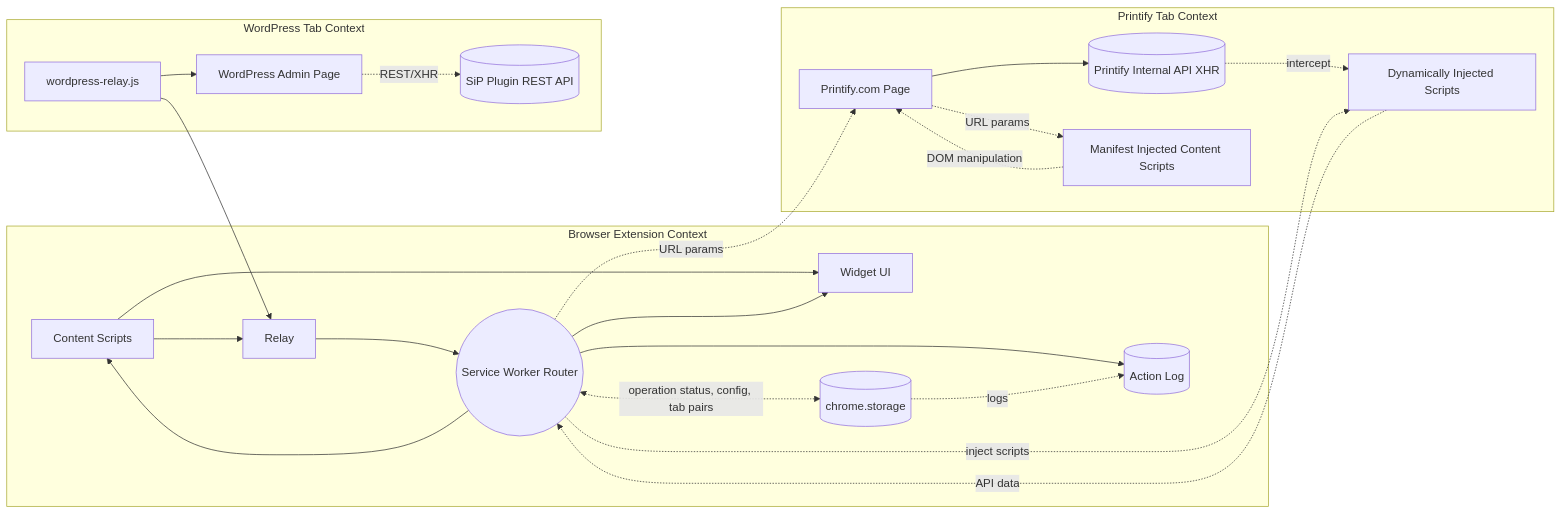
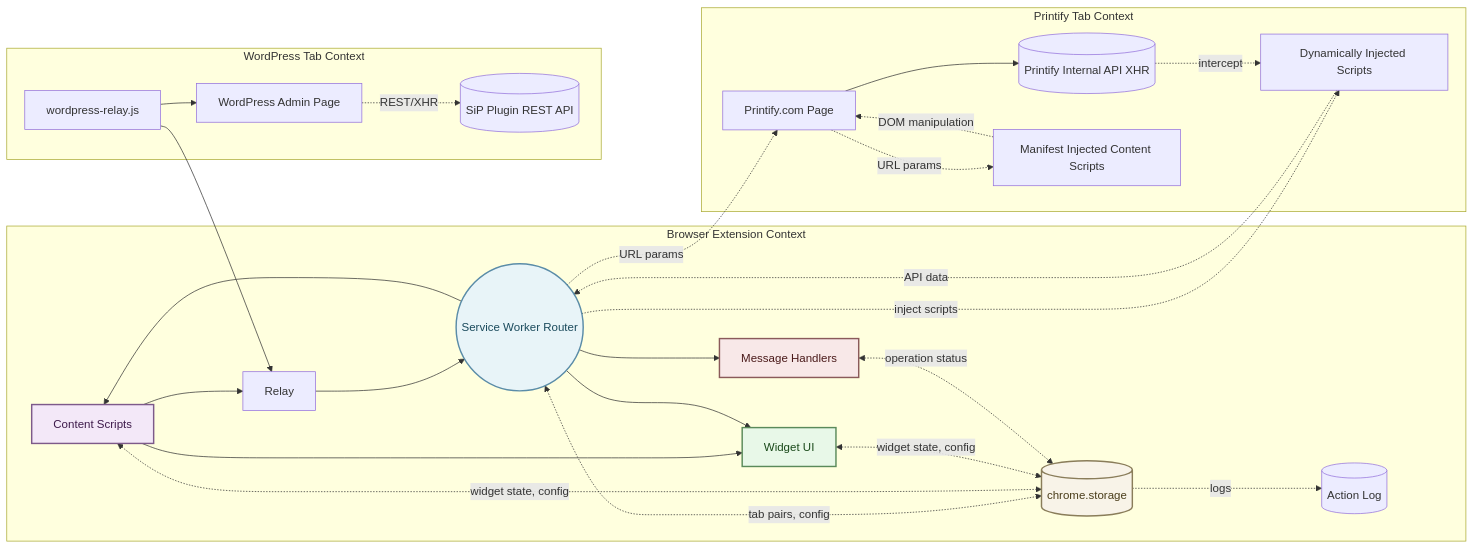
The first of 8 diagrams in guidelines/sip-printify-manager-extension-guidelines-v2.md (tdemelle-SiP/.claude), drawn with Mermaid before and after one commit. The commit also changed other lines of this file, not shown here.

````diff
--- a/guidelines/sip-printify-manager-extension-guidelines-v2.md
+++ b/guidelines/sip-printify-manager-extension-guidelines-v2.md
@@ -57,34 +56,51 @@
 ```mermaid
 graph LR
   subgraph "Browser Extension Context"
     CS[Content Scripts] --> WUI[Widget UI]
     CS --> Relay
     Relay --> Router((Service Worker Router))
-    Router <-. operation status, config, tab pairs .-> Storage[(chrome.storage)]
+    Router <-. tab pairs, config .-> Storage[(chrome.storage)]
+    CS <-. widget state, config .-> Storage
+    WUI <-. widget state, config .-> Storage
+    Handlers <-. operation status .-> Storage
+    Router --> Handlers[Message Handlers]
     Router --> CS
     Router --> WUI
-    Router --> Logger[(Action Log)]
-    Storage -. logs .-> Logger
+    Storage -. logs .-> Logger[(Action Log)]
   end
 
   subgraph "WordPress Tab Context"
     WPPage[WordPress Admin Page]
     WPRelay[wordpress-relay.js] --> WPPage
     WPRelay --> Relay
     WPPage -. REST/XHR .-> WPAPI[(SiP Plugin REST API)]
   end
 
   subgraph "Printify Tab Context"
     PrintifyPage[Printify.com Page]
     InternalAPI[(Printify Internal API XHR)]
     MICS[Manifest Injected Content Scripts]
     DIS[Dynamically Injected Scripts]
     PrintifyPage --> InternalAPI
     InternalAPI -. intercept .-> DIS
     PrintifyPage -. URL params .-> MICS
     MICS -. DOM manipulation .-> PrintifyPage
     DIS -. API data .-> Router
     Router -. URL params .-> PrintifyPage
     Router -. inject scripts .-> DIS
   end
+  
+  %% Style definitions for main components
+  classDef routerStyle fill:#e8f4f8,stroke:#5a8ca8,stroke-width:2px,color:#1a4a5c
+  classDef contentStyle fill:#f3e8f8,stroke:#7d5a8a,stroke-width:2px,color:#3d1a4a
+  classDef storageStyle fill:#f8f3e8,stroke:#8a7d5a,stroke-width:2px,color:#4a3d1a
+  classDef uiStyle fill:#e8f8e8,stroke:#5a8a5a,stroke-width:2px,color:#1a4a1a
+  classDef handlerStyle fill:#f8e8e8,stroke:#8a5a5a,stroke-width:2px,color:#4a1a1a
+  
+  %% Apply styles to nodes
+  class Router routerStyle
+  class CS contentStyle
+  class Storage storageStyle
+  class WUI uiStyle
+  class Handlers handlerStyle
 ```
````
